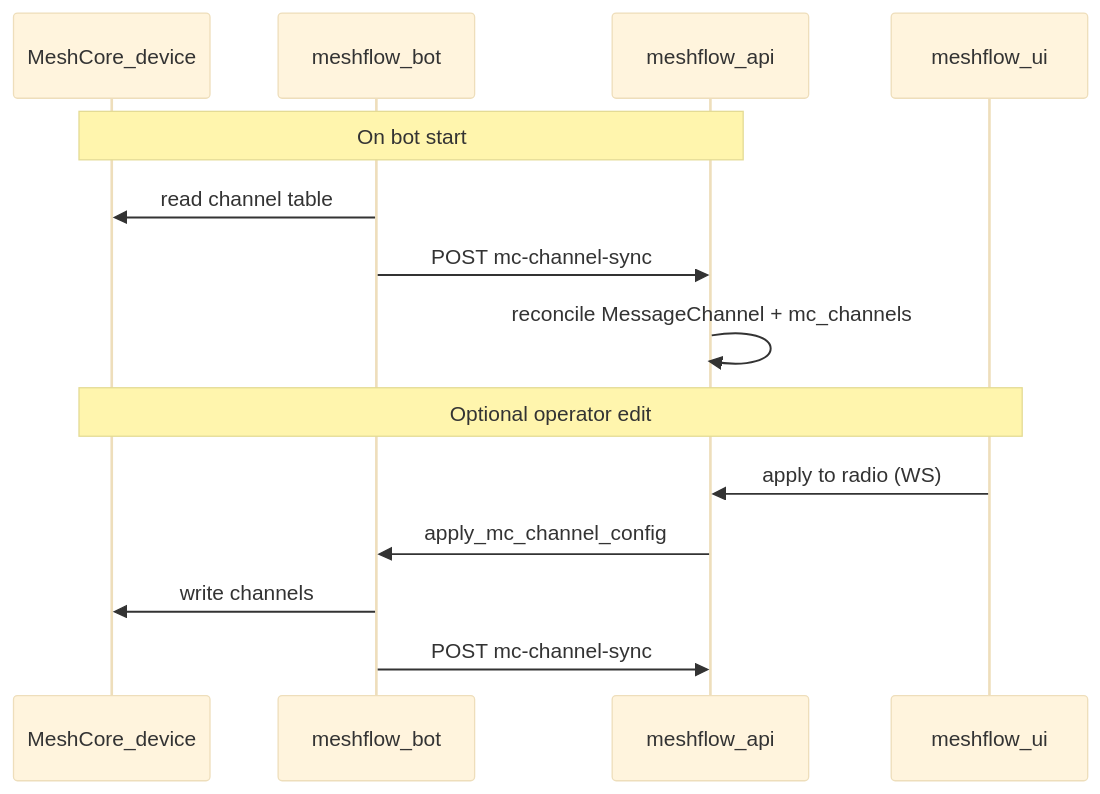
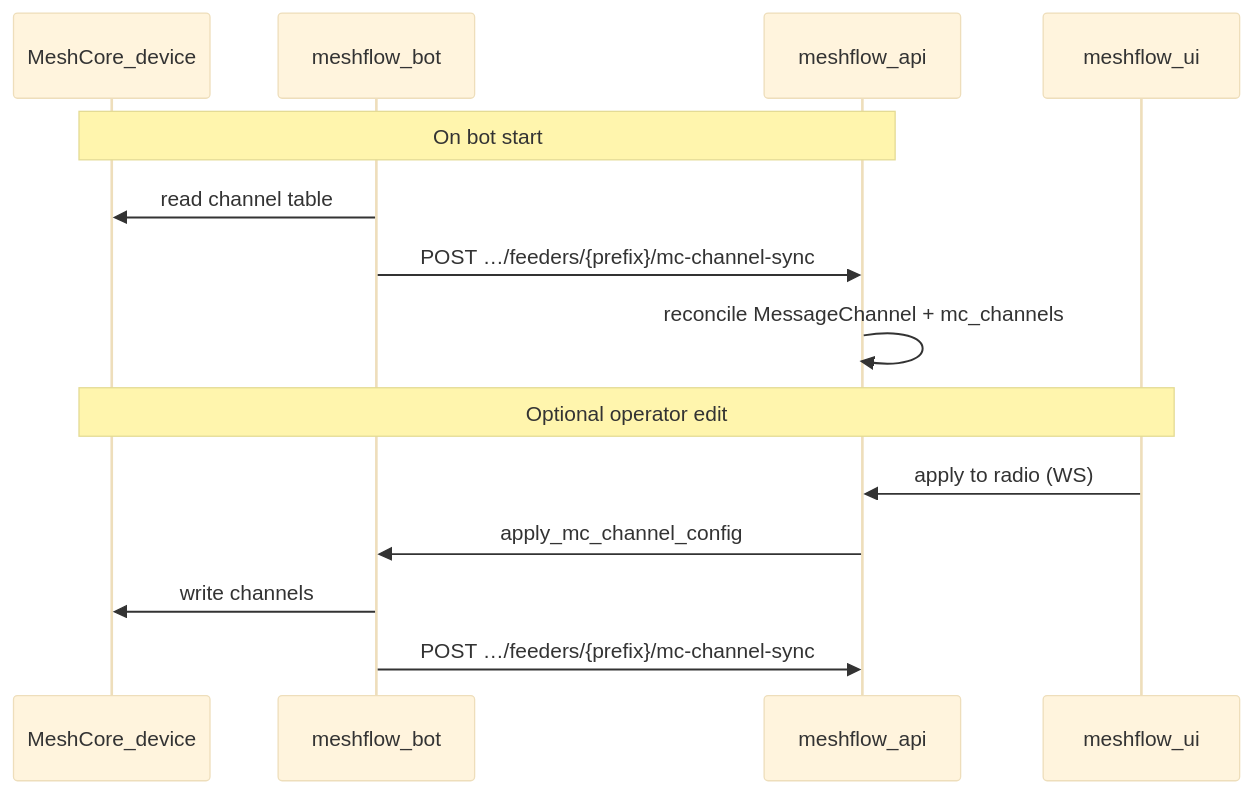
One commit to pskillen/meshflow-api changed the second of 2 diagrams in docs/features/meshcore/text-message-channels.md. Above: the diagram before and after it, drawn with Mermaid (base theme). The commit also changed other lines of this file and 2 other files, not shown here.

First line of the commit message:
docs(meshcore): sync feeder identity and channel guides with main

````diff
--- a/docs/features/meshcore/text-message-channels.md
+++ b/docs/features/meshcore/text-message-channels.md
@@ -60,18 +61,18 @@
 ```mermaid
 sequenceDiagram
   participant Radio as MeshCore_device
   participant Bot as meshflow_bot
   participant API as meshflow_api
   participant UI as meshflow_ui
 
   Note over Radio,API: On bot start
   Bot->>Radio: read channel table
-  Bot->>API: POST mc-channel-sync
+  Bot->>API: POST …/feeders/{prefix}/mc-channel-sync
   API->>API: reconcile MessageChannel + mc_channels
 
   Note over UI,Radio: Optional operator edit
   UI->>API: apply to radio (WS)
   API->>Bot: apply_mc_channel_config
   Bot->>Radio: write channels
-  Bot->>API: POST mc-channel-sync
+  Bot->>API: POST …/feeders/{prefix}/mc-channel-sync
 ```
````
